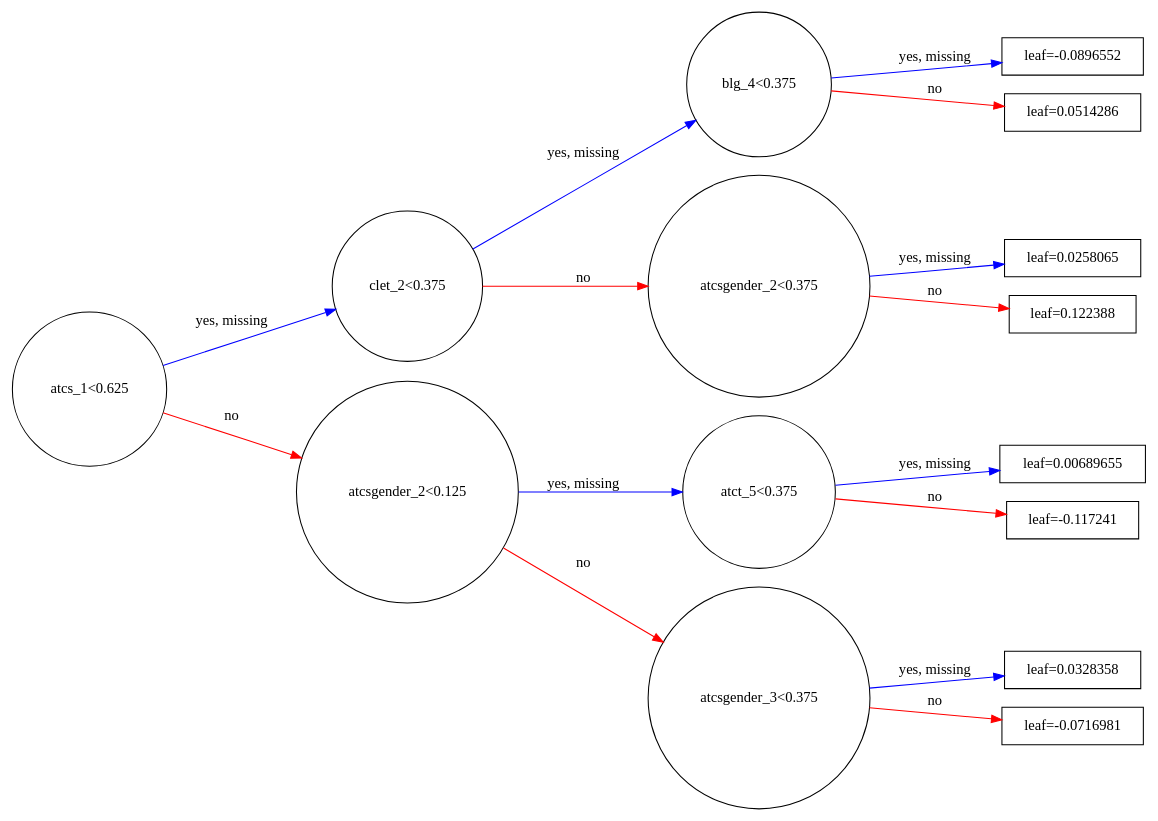
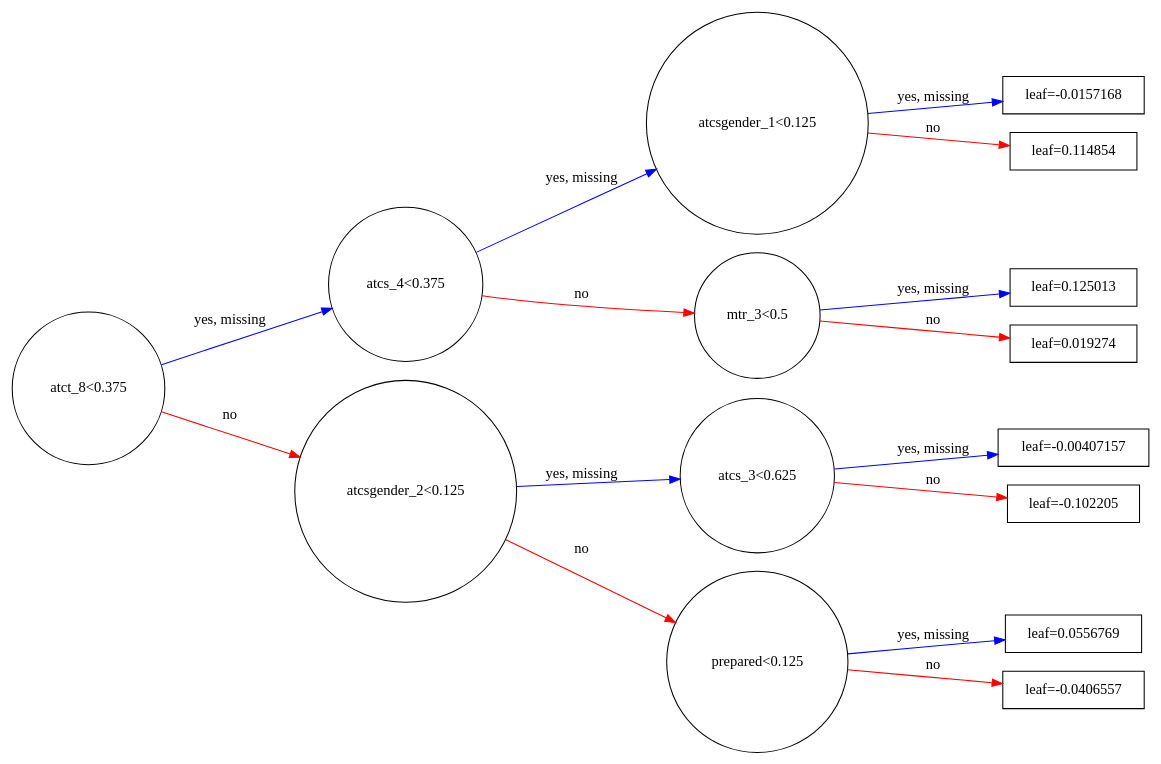
The diagram in report/figures/X_graph.gv (omoju/IntroCSExperiencePrediction), drawn with Graphviz before and after one commit. The commit also changed 9 other files, not shown here.

```diff
--- a/report/figures/X_graph.gv
+++ b/report/figures/X_graph.gv
@@ -1,32 +1,32 @@
 digraph {
 	graph [rankdir=LR]
-		0 [label="atcs_1<0.625" shape=circle]
+		0 [label="atct_8<0.375" shape=circle]
 			0 -> 1 [label="yes, missing" color="#0000FF"]
 			0 -> 2 [label=no color="#FF0000"]
-		1 [label="clet_2<0.375" shape=circle]
+		1 [label="atcs_4<0.375" shape=circle]
 			1 -> 3 [label="yes, missing" color="#0000FF"]
 			1 -> 4 [label=no color="#FF0000"]
-		3 [label="blg_4<0.375" shape=circle]
+		3 [label="atcsgender_1<0.125" shape=circle]
 			3 -> 7 [label="yes, missing" color="#0000FF"]
 			3 -> 8 [label=no color="#FF0000"]
-		7 [label="leaf=-0.0896552" shape=box]
-		8 [label="leaf=0.0514286" shape=box]
-		4 [label="atcsgender_2<0.375" shape=circle]
+		7 [label="leaf=-0.0157168" shape=box]
+		8 [label="leaf=0.114854" shape=box]
+		4 [label="mtr_3<0.5" shape=circle]
 			4 -> 9 [label="yes, missing" color="#0000FF"]
 			4 -> 10 [label=no color="#FF0000"]
-		9 [label="leaf=0.0258065" shape=box]
-		10 [label="leaf=0.122388" shape=box]
+		9 [label="leaf=0.125013" shape=box]
+		10 [label="leaf=0.019274" shape=box]
 		2 [label="atcsgender_2<0.125" shape=circle]
 			2 -> 5 [label="yes, missing" color="#0000FF"]
 			2 -> 6 [label=no color="#FF0000"]
-		5 [label="atct_5<0.375" shape=circle]
+		5 [label="atcs_3<0.625" shape=circle]
 			5 -> 11 [label="yes, missing" color="#0000FF"]
 			5 -> 12 [label=no color="#FF0000"]
-		11 [label="leaf=0.00689655" shape=box]
-		12 [label="leaf=-0.117241" shape=box]
-		6 [label="atcsgender_3<0.375" shape=circle]
+		11 [label="leaf=-0.00407157" shape=box]
+		12 [label="leaf=-0.102205" shape=box]
+		6 [label="prepared<0.125" shape=circle]
 			6 -> 13 [label="yes, missing" color="#0000FF"]
 			6 -> 14 [label=no color="#FF0000"]
-		13 [label="leaf=0.0328358" shape=box]
-		14 [label="leaf=-0.0716981" shape=box]
+		13 [label="leaf=0.0556769" shape=box]
+		14 [label="leaf=-0.0406557" shape=box]
 }
```
